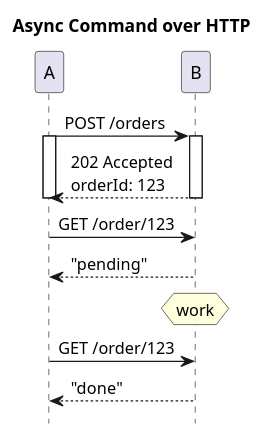
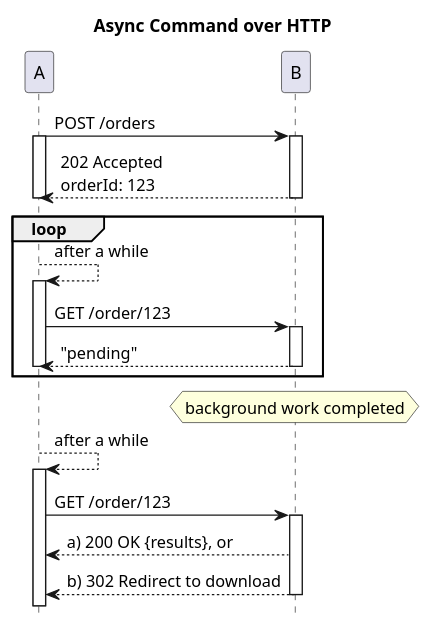
The diagram in patterns/0_command_1_async_http.puml (victorrentea/kafka), drawn with PlantUML before and after one commit. The commit also changed 33 other files, not shown here.

```diff
--- a/patterns/0_command_1_async_http.puml
+++ b/patterns/0_command_1_async_http.puml
@@ -1,17 +1,21 @@
 @startuml
 title Async Command over HTTP
 hide footbox
 'skinparam monochrome reverse
-
 A->B++: POST /orders
 A++
+
 A<--B--:202 Accepted\norderId: 123
 A--
-A->B:GET /order/123
-A<--B: "pending"
-hnote over B: work
-A->B:GET /order/123
-A<--B: "done"
-
-
+loop
+A-->A++: after a while
+A->B++:GET /order/123
+A<--B--: "pending"
+A--
+end
+hnote over B: background work completed
+A-->A++: after a while
+A->B++:GET /order/123
+A<--B: a) 200 OK {results}, or
+A<--B--: b) 302 Redirect to download
 @enduml
```
